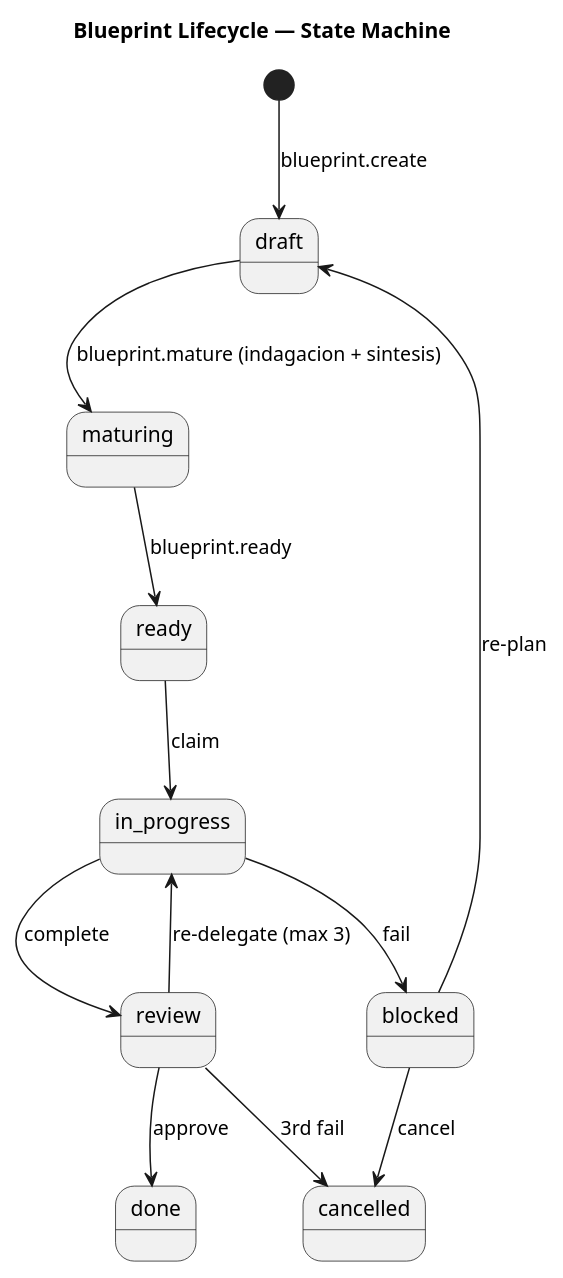
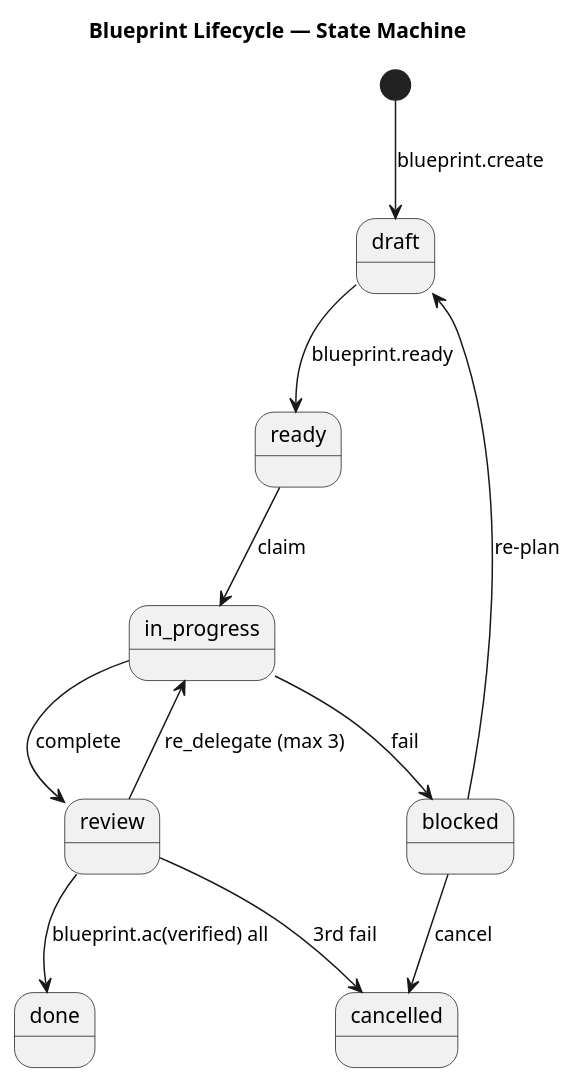
Before and after one commit to FidelErnesto03/arqux: the diagram in src/arqux/skills/workflows/w08-blueprint-lifecycle.md, drawn with PlantUML. The commit also changed other lines of this file and 33 other files, not shown here.

```diff
--- a/src/arqux/skills/workflows/w08-blueprint-lifecycle.md
+++ b/src/arqux/skills/workflows/w08-blueprint-lifecycle.md
@@ -15,24 +15,22 @@
 @startuml
 title Blueprint Lifecycle — State Machine
 
 state "draft" as D
-state "maturing" as M
 state "ready" as R
 state "in_progress" as IP
 state "review" as RV
 state "done" as DN
 state "blocked" as B
 state "cancelled" as CN
 
 [*] --> D : blueprint.create
-D --> M : blueprint.mature (indagacion + sintesis)
-M --> R : blueprint.ready
+D --> R : blueprint.ready
 R --> IP : claim
 IP --> RV : complete
 IP --> B : fail
 B --> D : re-plan
 B --> CN : cancel
-RV --> DN : approve
-RV --> IP : re-delegate (max 3)
+RV --> DN : blueprint.ac(verified) all
+RV --> IP : re_delegate (max 3)
 RV --> CN : 3rd fail
 @enduml
```
